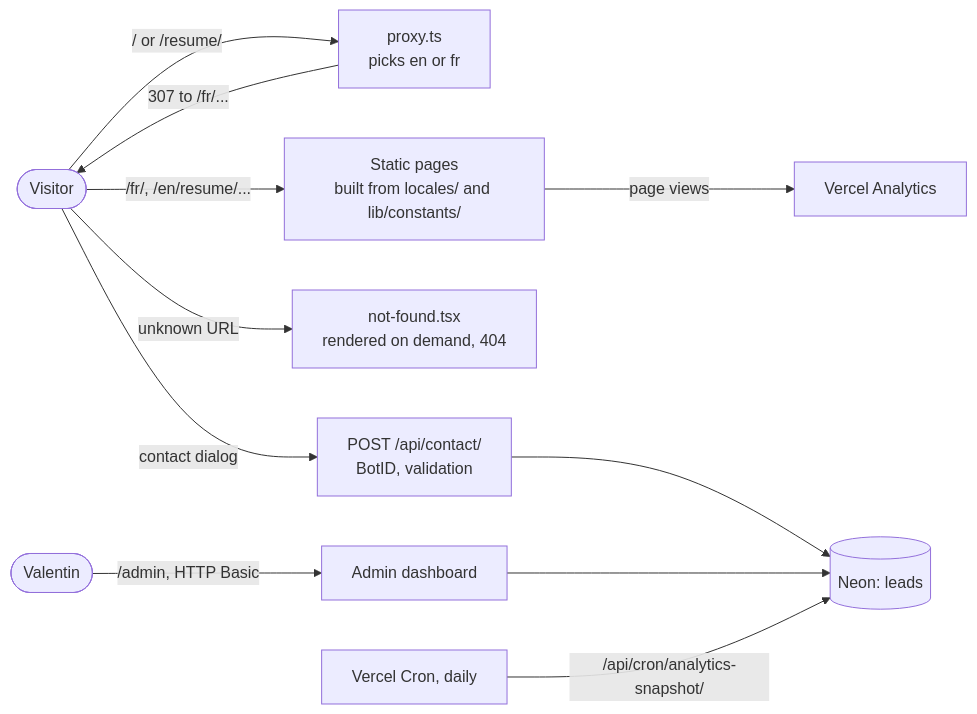
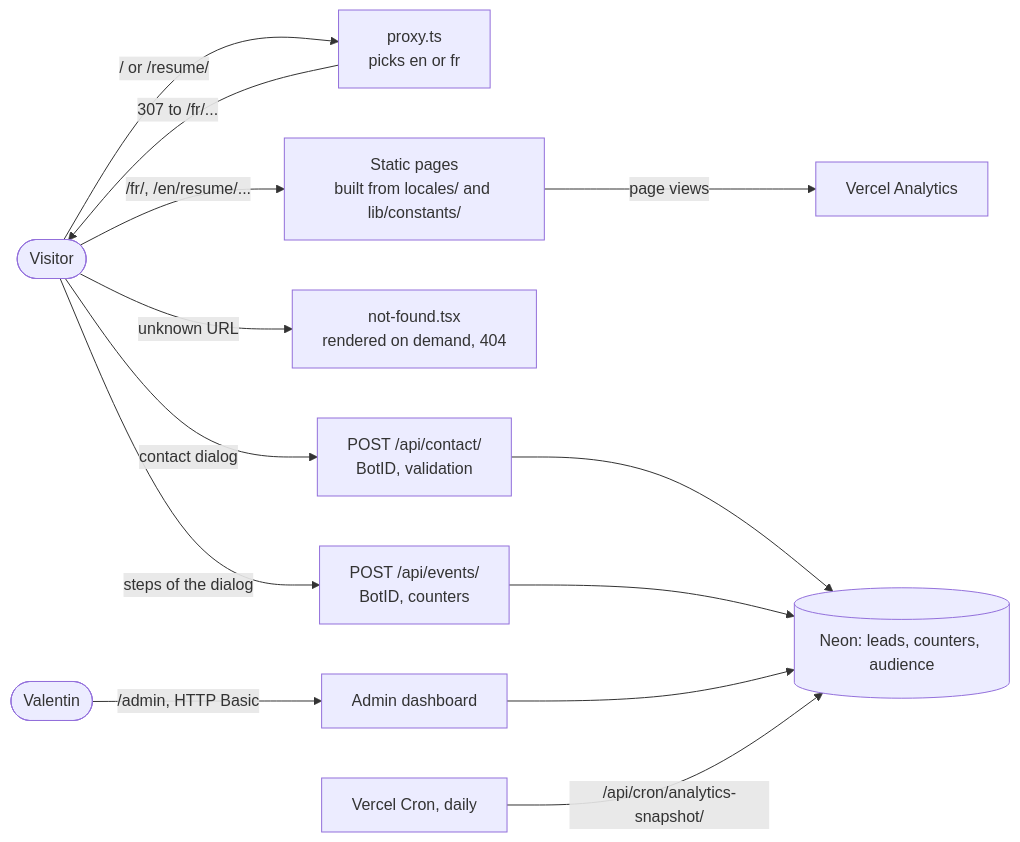
One commit to vahohenheim/personal-website changed the diagram in docs/architecture/overview.md. Above: the diagram before and after it, drawn with Mermaid. The commit also changed other lines of this file and 15 other files, not shown here.

````diff
--- a/docs/architecture/overview.md
+++ b/docs/architecture/overview.md
@@ -25,13 +26,15 @@
 ```mermaid
 flowchart LR
     V([Visitor]) -->|/ or /resume/| P[proxy.ts<br/>picks en or fr]
     P -->|307 to /fr/...| V
     V -->|/fr/, /en/resume/...| S[Static pages<br/>built from locales/ and lib/constants/]
     V -->|unknown URL| N[not-found.tsx<br/>rendered on demand, 404]
     V -->|contact dialog| C[POST /api/contact/<br/>BotID, validation]
-    C --> DB[(Neon: leads)]
+    C --> DB[(Neon: leads, counters, audience)]
+    V -->|steps of the dialog| E[POST /api/events/<br/>BotID, counters]
+    E --> DB
     T([Valentin]) -->|/admin, HTTP Basic| ADM[Admin dashboard]
     ADM --> DB
     CRON[Vercel Cron, daily] -->|/api/cron/analytics-snapshot/| DB
     S -->|page views| A[Vercel Analytics]
 ```
````
